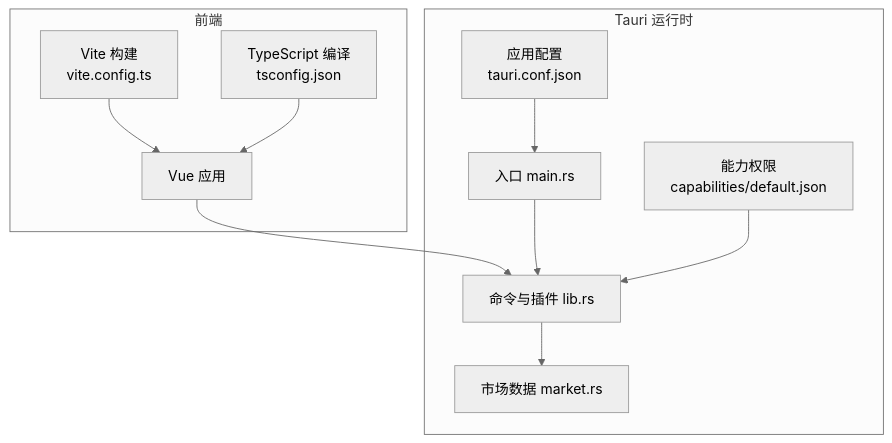
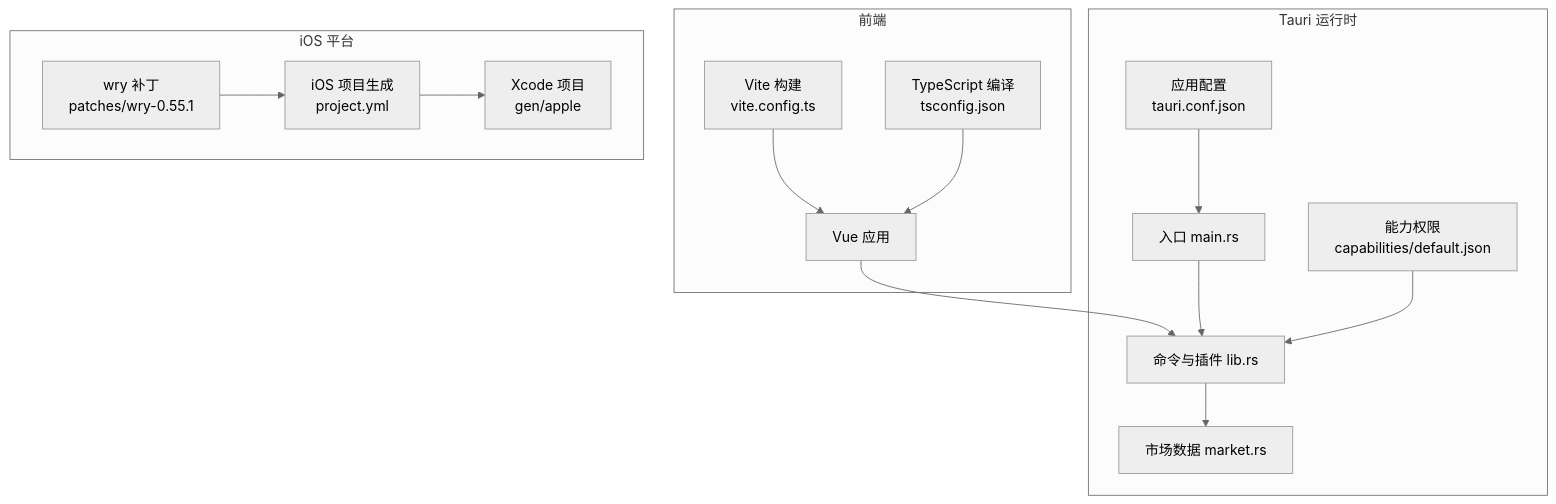
The first of 4 diagrams in .qoder/repowiki/zh/content/配置与部署.md (jiashaoying/hq-kanban-app), drawn with Mermaid (neutral theme) before and after one commit. The commit also changed other lines of this file and 17 other files, not shown here.

First line of the commit message:
feat: 指数详情页功能（分时线/K线图表）

````diff
--- a/.qoder/repowiki/zh/content/配置与部署.md
+++ b/.qoder/repowiki/zh/content/配置与部署.md
@@ -38,22 +54,29 @@
 ```mermaid
 graph TB
 subgraph "前端"
 VITE["Vite 构建<br/>vite.config.ts"]
 TS["TypeScript 编译<br/>tsconfig.json"]
 VUE["Vue 应用"]
 end
 subgraph "Tauri 运行时"
 CONF["应用配置<br/>tauri.conf.json"]
 CAPS["能力权限<br/>capabilities/default.json"]
 RUST_MAIN["入口 main.rs"]
 RUST_LIB["命令与插件 lib.rs"]
 MARKET["市场数据 market.rs"]
 end
+subgraph "iOS 平台"
+IOS_GEN["iOS 项目生成<br/>project.yml"]
+WRY_PATCH["wry 补丁<br/>patches/wry-0.55.1"]
+XCODE["Xcode 项目<br/>gen/apple"]
+end
 VITE --> VUE
 TS --> VUE
 VUE --> RUST_LIB
 RUST_MAIN --> RUST_LIB
 RUST_LIB --> MARKET
 CONF --> RUST_MAIN
 CAPS --> RUST_LIB
+IOS_GEN --> XCODE
+WRY_PATCH --> IOS_GEN
 ```
````
